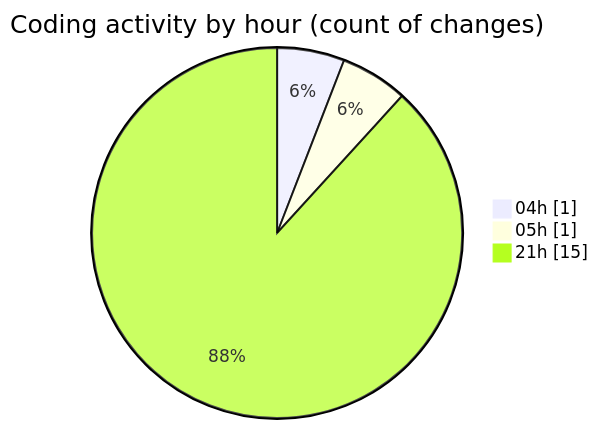
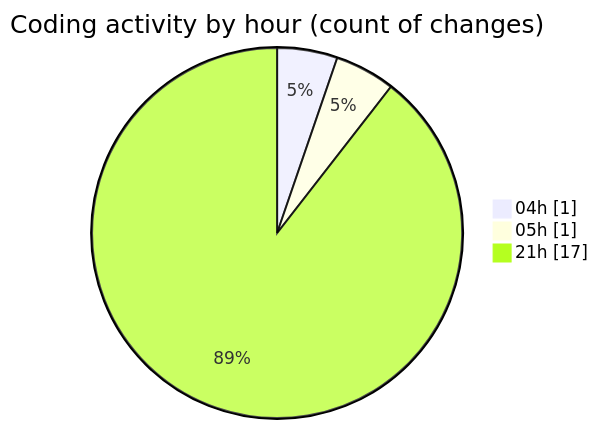
One commit to idhammustaqopulfikri/code-tracking changed the second of 2 diagrams in 2025-03-26/autodidak/README.md. Above: the diagram before and after it, drawn with Mermaid. The commit also changed other lines of this file and 1 other file, not shown here.

````diff
--- a/2025-03-26/autodidak/README.md
+++ b/2025-03-26/autodidak/README.md
@@ -37,7 +37,7 @@
 ```mermaid
 pie showData
 title Coding activity by hour (count of changes)
 "04h" : 1
 "05h" : 1
-"21h" : 15
+"21h" : 17
 ```
````
